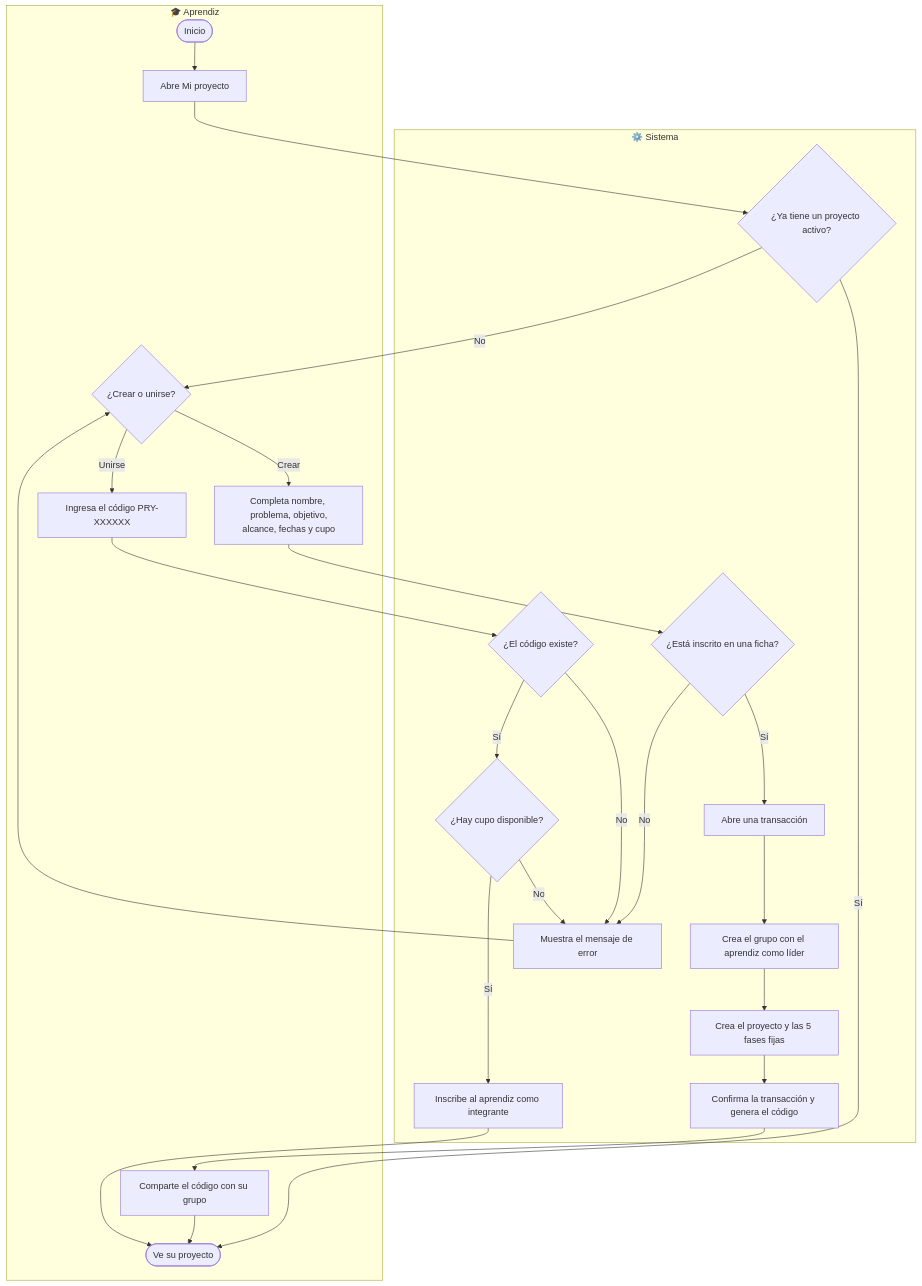
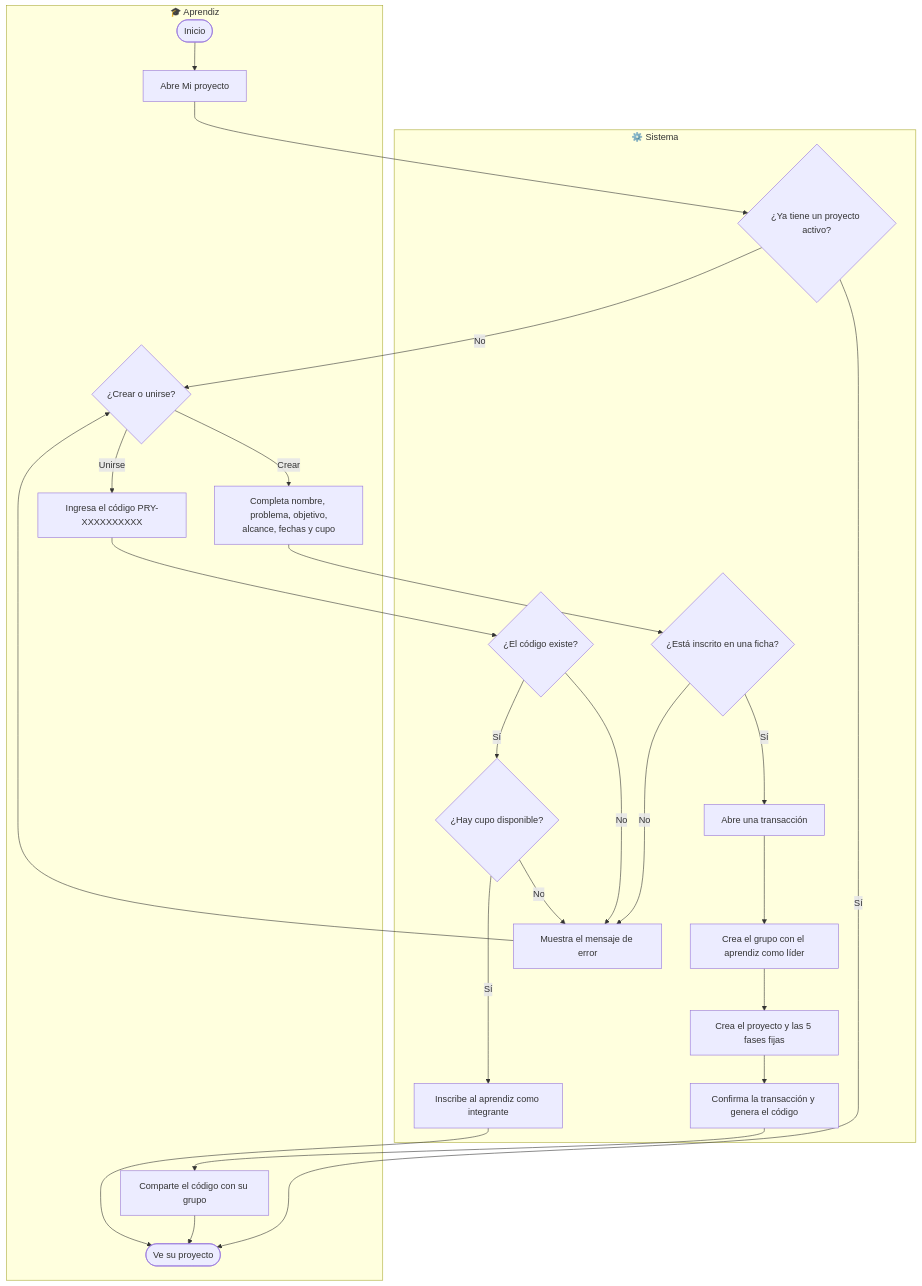
The second of 6 diagrams in docs/Diagramas/actividades.md (player7842/ZENDA), drawn with Mermaid before and after one commit. The commit also changed 39 other files, not shown here.

````diff
--- a/docs/Diagramas/actividades.md
+++ b/docs/Diagramas/actividades.md
@@ -75,38 +75,38 @@
 ```mermaid
 flowchart TD
     subgraph APR["🎓 Aprendiz"]
         A1(["Inicio"])
         A2["Abre Mi proyecto"]
         A3{"¿Crear o unirse?"}
         A4["Completa nombre, problema, objetivo,<br/>alcance, fechas y cupo"]
-        A5["Ingresa el código PRY-XXXXXX"]
+        A5["Ingresa el código PRY-XXXXXXXXXX"]
         A6(["Ve su proyecto"])
         A7["Comparte el código con su grupo"]
     end
 
     subgraph SIS["⚙️ Sistema"]
         S1{"¿Ya tiene un proyecto activo?"}
         S2{"¿Está inscrito en una ficha?"}
         S3["Abre una transacción"]
         S4["Crea el grupo con el aprendiz como líder"]
         S5["Crea el proyecto y las 5 fases fijas"]
         S6["Confirma la transacción y genera el código"]
         S7{"¿El código existe?"}
         S8{"¿Hay cupo disponible?"}
         S9["Inscribe al aprendiz como integrante"]
         SE["Muestra el mensaje de error"]
     end
 
     A1 --> A2 --> S1
     S1 -- "Sí" --> A6
     S1 -- "No" --> A3
     A3 -- "Crear" --> A4 --> S2
     S2 -- "No" --> SE
     S2 -- "Sí" --> S3 --> S4 --> S5 --> S6 --> A7 --> A6
     A3 -- "Unirse" --> A5 --> S7
     S7 -- "No" --> SE
     S7 -- "Sí" --> S8
     S8 -- "No" --> SE
     S8 -- "Sí" --> S9 --> A6
     SE --> A3
 ```
````
